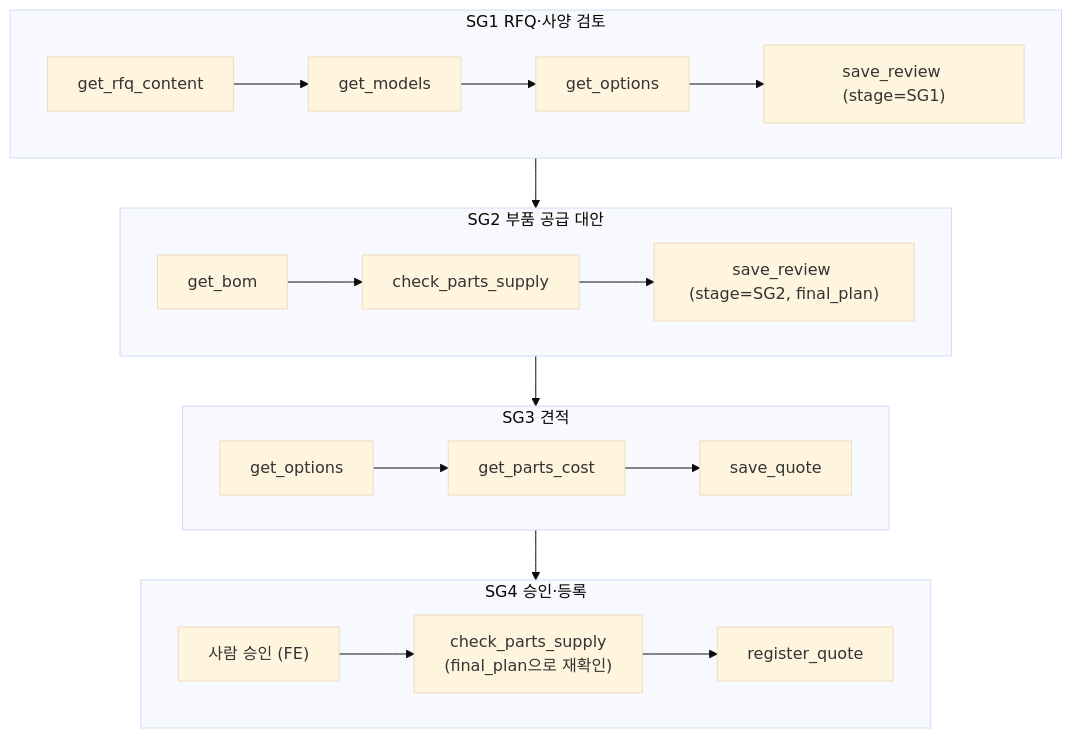
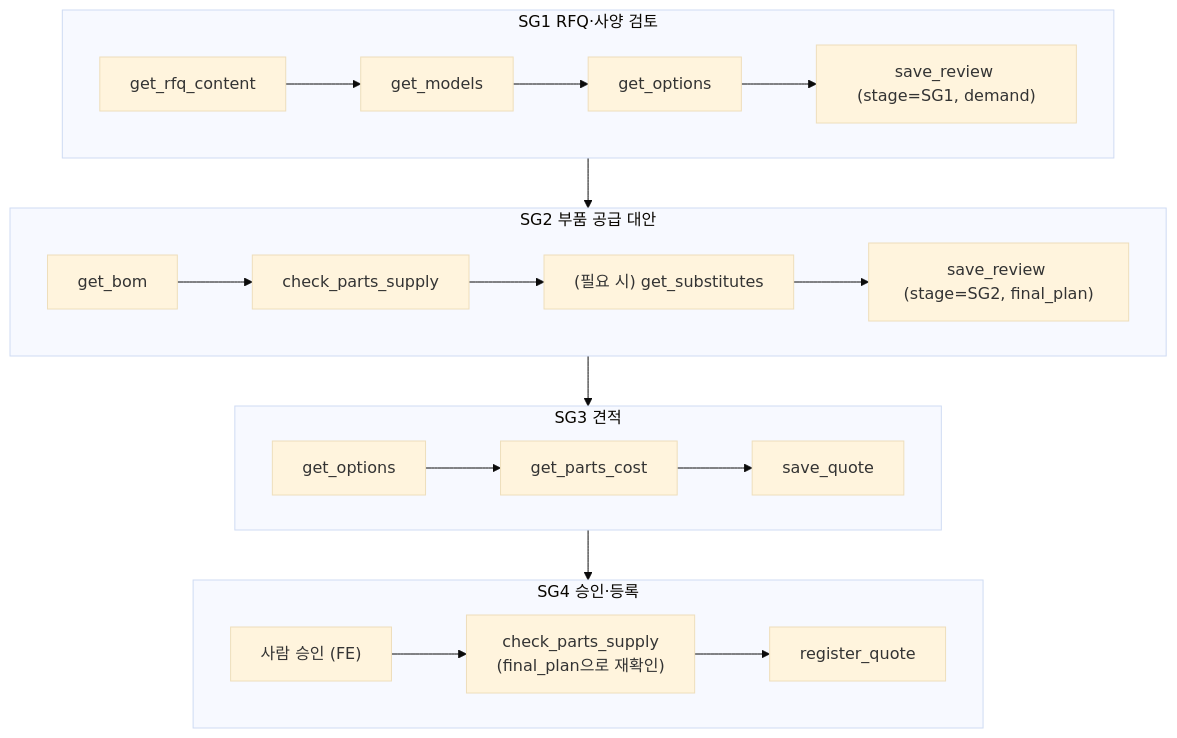
The second of 5 diagrams in ARCHITECTURE.md (SKALA-class5-team1/SupplySync-Business-MCP), drawn with Mermaid (base theme) before and after one commit. The commit also changed other lines of this file and 2 other files, not shown here.

Commit message:
docs: 백엔드 API 전환과 get_substitutes를 문서에 반영

````diff
--- a/ARCHITECTURE.md
+++ b/ARCHITECTURE.md
@@ -45,16 +45,16 @@
 ```mermaid
 flowchart TD
     subgraph SG1["SG1 RFQ·사양 검토"]
-        A1[get_rfq_content] --> A2[get_models] --> A3[get_options] --> A4["save_review (stage=SG1)"]
+        A1[get_rfq_content] --> A2[get_models] --> A3[get_options] --> A4["save_review (stage=SG1, demand)"]
     end
     subgraph SG2["SG2 부품 공급 대안"]
-        B1[get_bom] --> B2[check_parts_supply] --> B3["save_review (stage=SG2, final_plan)"]
+        B1[get_bom] --> B2[check_parts_supply] --> B3["(필요 시) get_substitutes"] --> B4["save_review (stage=SG2, final_plan)"]
     end
     subgraph SG3["SG3 견적"]
         C1[get_options] --> C2[get_parts_cost] --> C3[save_quote]
     end
     subgraph SG4["SG4 승인·등록"]
         D1["사람 승인 (FE)"] --> D2["check_parts_supply<br/>(final_plan으로 재확인)"] --> D3[register_quote]
     end
     SG1 --> SG2 --> SG3 --> SG4
 ```
````
